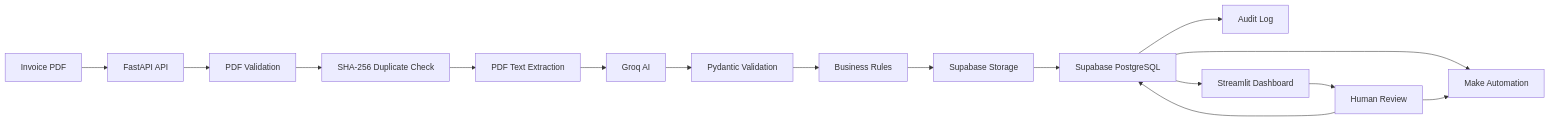
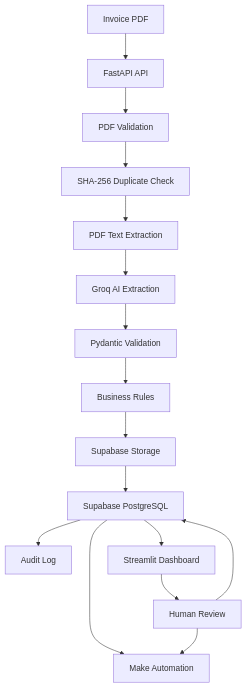
One commit to pedrocunha4/invoiceflow-ai changed the first of 2 diagrams in README.md. Above: the diagram before and after it, drawn with Mermaid.

Commit message:
docs: improve README

````diff
--- a/README.md
+++ b/README.md
@@ -37,24 +37,20 @@
 ```mermaid
-flowchart LR
+flowchart TD
     A[Invoice PDF] --> B[FastAPI API]
-
     B --> C[PDF Validation]
     C --> D[SHA-256 Duplicate Check]
-
     D --> E[PDF Text Extraction]
-    E --> F[Groq AI]
-
+    E --> F[Groq AI Extraction]
     F --> G[Pydantic Validation]
     G --> H[Business Rules]
-
     H --> I[Supabase Storage]
     I --> J[Supabase PostgreSQL]
 
     J --> K[Audit Log]
     J --> L[Make Automation]
     J --> M[Streamlit Dashboard]
 
     M --> N[Human Review]
     N --> J
     N --> L
 ```
````
